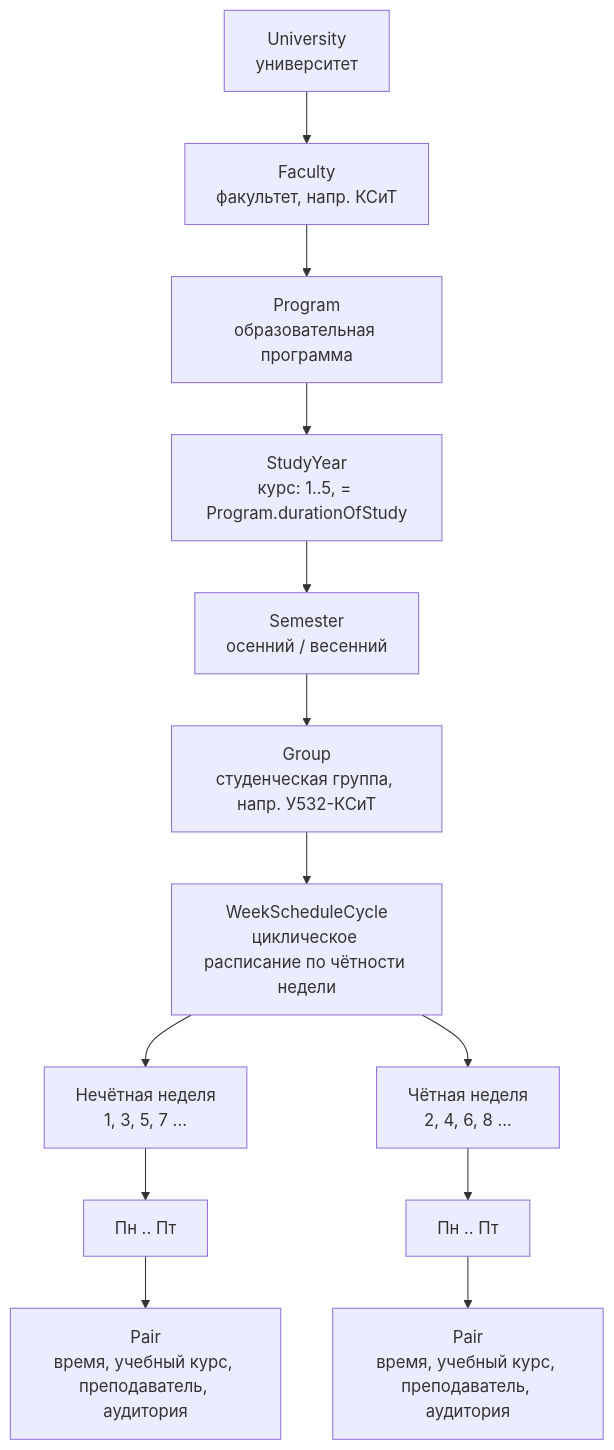
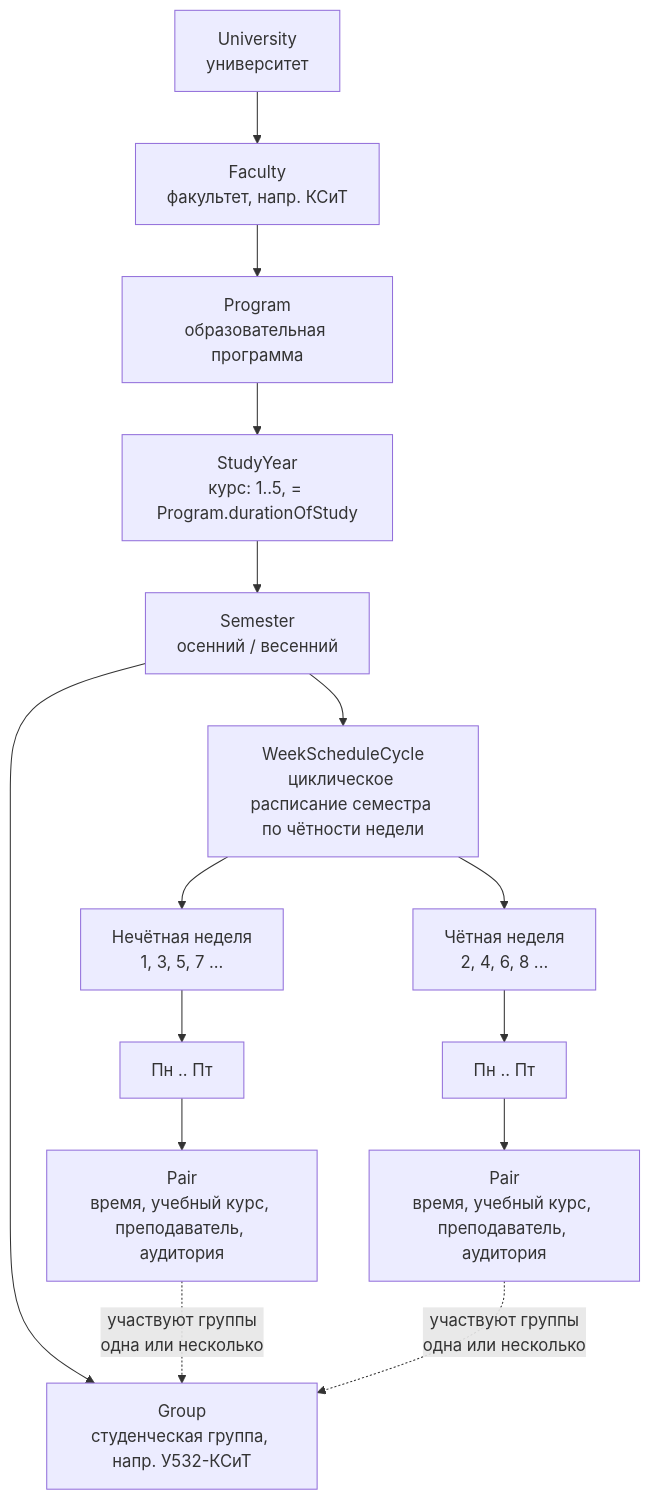
Before and after one commit to coungard/univer: the first of 4 diagrams in TARGET.md, drawn with Mermaid. The commit also changed other lines of this file, not shown here.

````diff
--- a/TARGET.md
+++ b/TARGET.md
@@ -30,15 +34,17 @@
 ```mermaid
 graph TD
     Univ[University<br/>университет] --> Fac[Faculty<br/>факультет, напр. КСиТ]
     Fac --> Prog[Program<br/>образовательная программа]
     Prog --> Year[StudyYear<br/>курс: 1..5, = Program.durationOfStudy]
     Year --> Sem[Semester<br/>осенний / весенний]
     Sem --> Grp[Group<br/>студенческая группа, напр. У532-КСиТ]
-    Grp --> Cycle[WeekScheduleCycle<br/>циклическое расписание по чётности недели]
+    Sem --> Cycle[WeekScheduleCycle<br/>циклическое расписание семестра по чётности недели]
     Cycle --> OddW[Нечётная неделя<br/>1, 3, 5, 7 ...]
     Cycle --> EvenW[Чётная неделя<br/>2, 4, 6, 8 ...]
     OddW --> Day1[Пн .. Пт]
     EvenW --> Day2[Пн .. Пт]
     Day1 --> Pair1[Pair<br/>время, учебный курс, преподаватель, аудитория]
     Day2 --> Pair2[Pair<br/>время, учебный курс, преподаватель, аудитория]
+    Pair1 -.->|участвуют группы<br/>одна или несколько| Grp
+    Pair2 -.->|участвуют группы<br/>одна или несколько| Grp
 ```
````
